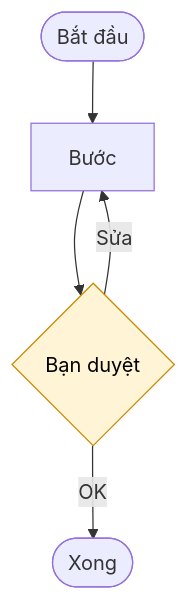
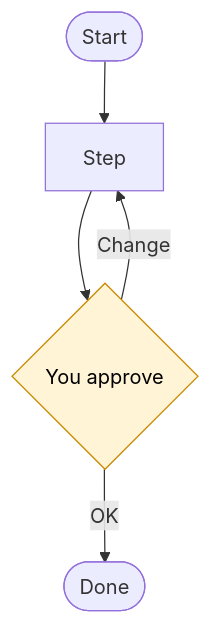
Before and after one commit to trantrong810-bz/claude-starter: the diagram in docs/workflows/_template.md, drawn with Mermaid. The commit also changed other lines of this file and 70 other files, not shown here.

````diff
--- a/docs/workflows/_template.md
+++ b/docs/workflows/_template.md
@@ -11,10 +11,10 @@
 ```mermaid
 flowchart TD
-    START(["Bắt đầu"]) --> STEP["Bước"]
-    STEP --> OK{"Bạn duyệt"}
-    OK -->|"OK"| DONE(["Xong"])
-    OK -->|"Sửa"| STEP
+    START(["Start"]) --> STEP["Step"]
+    STEP --> OK{"You approve"}
+    OK -->|"OK"| DONE(["Done"])
+    OK -->|"Change"| STEP
 
     classDef human fill:#fff4d6,stroke:#c98a00,color:#000
     class OK human
 ```
````
